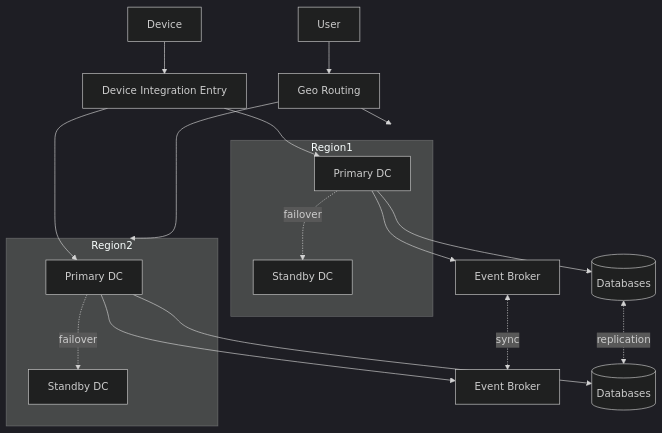
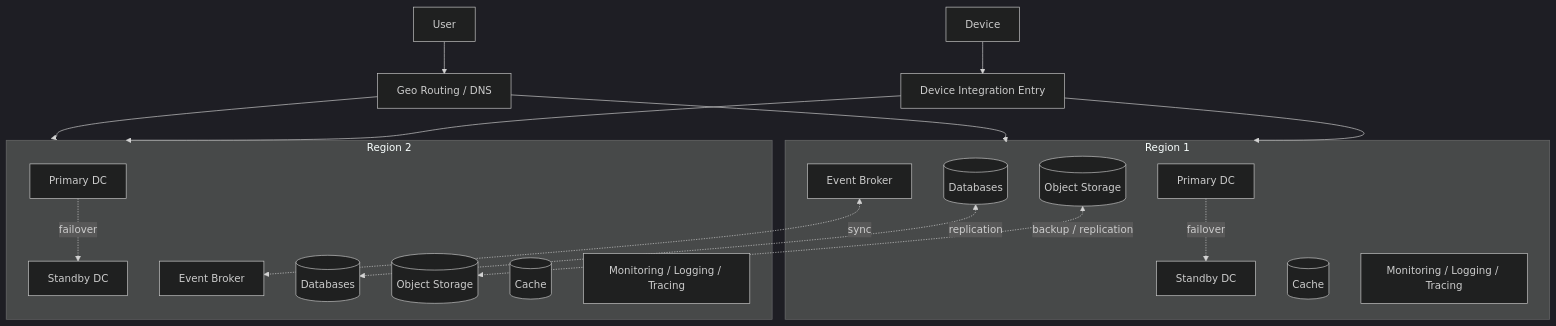
Before and after one commit to HiddenFox29/Athletica: the sixth of 7 diagrams in 03-architecture/architecture-views.md, drawn with Mermaid (dark theme). The commit also changed other lines of this file and 2 other files, not shown here.

````diff
--- a/03-architecture/architecture-views.md
+++ b/03-architecture/architecture-views.md
@@ -269,33 +300,37 @@
 ```mermaid
 flowchart TB
-    User --> Routing[Geo Routing]
+    User --> Routing[Geo Routing / DNS]
     Device --> DeviceIngress[Device Integration Entry]
 
     Routing --> Region1
     Routing --> Region2
 
-    subgraph Region1
+    subgraph Region1[Region 1]
         DC1[Primary DC]
         DC2[Standby DC]
         DC1 -. failover .-> DC2
+        Broker1[Event Broker]
+        DB1[(Databases)]
+        S31[(Object Storage)]
+        Cache1[(Cache)]
+        Obs1[Monitoring / Logging / Tracing]
     end
 
-    subgraph Region2
+    subgraph Region2[Region 2]
         DC3[Primary DC]
         DC4[Standby DC]
         DC3 -. failover .-> DC4
+        Broker2[Event Broker]
+        DB2[(Databases)]
+        S32[(Object Storage)]
+        Cache2[(Cache)]
+        Obs2[Monitoring / Logging / Tracing]
     end
 
-    DC1 --> Broker1[Event Broker]
-    DC3 --> Broker2[Event Broker]
+    DeviceIngress --> Region1
+    DeviceIngress --> Region2
 
     Broker1 <-. sync .-> Broker2
-
-    DC1 --> DB1[(Databases)]
-    DC3 --> DB2[(Databases)]
-
     DB1 <-. replication .-> DB2
-
-    DeviceIngress --> DC1
-    DeviceIngress --> DC3
+    S31 <-. backup / replication .-> S32
 ```
````
